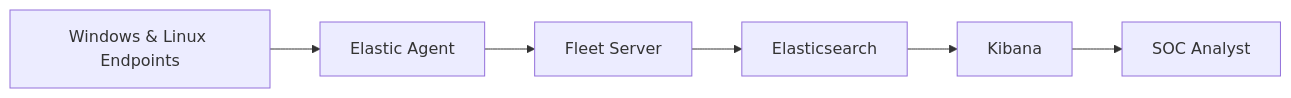
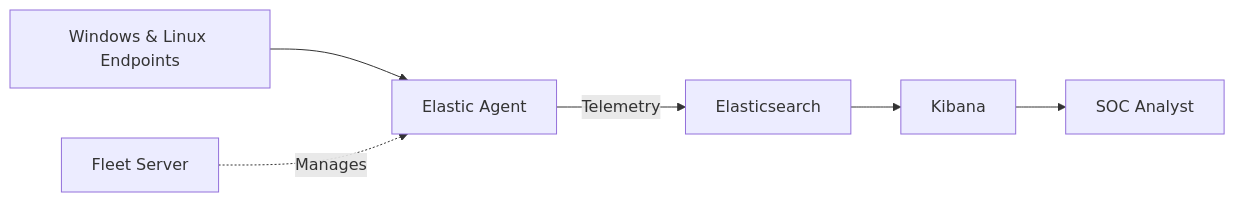
Before and after one commit to terhumphrey/enterprise-security-lab-nist-800-171: the fourth of 4 diagrams in 01-Architecture.md, drawn with Mermaid. The commit also changed other lines of this file, not shown here.

````diff
--- a/01-Architecture.md
+++ b/01-Architecture.md
@@ -289,15 +310,15 @@
 ```mermaid
 flowchart LR
     Endpoint["Windows & Linux Endpoints"]
     Agent["Elastic Agent"]
     Fleet["Fleet Server"]
     ES["Elasticsearch"]
     Kibana["Kibana"]
     SOC["SOC Analyst"]
 
     Endpoint --> Agent
-    Agent --> Fleet
-    Fleet --> ES
+    Fleet -.->|Manages| Agent
+    Agent -->|Telemetry| ES
     ES --> Kibana
     Kibana --> SOC
 ```
````
